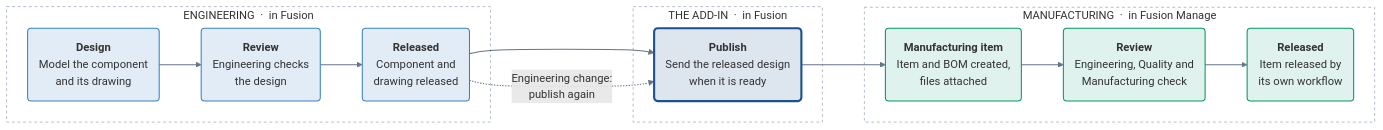
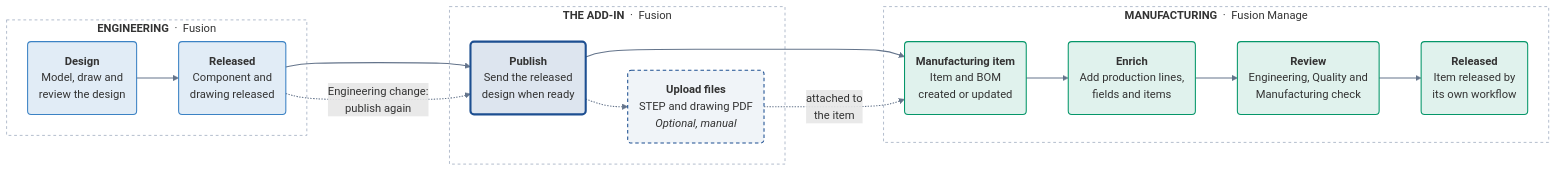
One commit to AHoop91/FusionToFusionManageAddon changed the diagram in docs/getting-started/workflow.md. Above: the diagram before and after it, drawn with Mermaid. The commit also changed other lines of this file and 12 other files, not shown here.

First line of the commit message:
Rename the add-in, add its icon, and enable drawing commands on Fusion events

````diff
--- a/docs/getting-started/workflow.md
+++ b/docs/getting-started/workflow.md
@@ -41,33 +41,37 @@
 ```mermaid
 %%{init: {"flowchart": {"curve": "basis", "nodeSpacing": 40, "rankSpacing": 60, "padding": 16}}}%%
 flowchart LR
-    subgraph ENG["ENGINEERING &nbsp;·&nbsp; in Fusion"]
-        E1("<b>Design</b><br/>Model the component<br/>and its drawing")
-        E2("<b>Review</b><br/>Engineering checks<br/>the design")
-        E3("<b>Released</b><br/>Component and<br/>drawing released")
+    subgraph ENG["<b>ENGINEERING</b> &nbsp;·&nbsp; Fusion"]
+        E1("<b>Design</b><br/>Model, draw and<br/>review the design")
+        E2("<b>Released</b><br/>Component and<br/>drawing released")
     end
 
-    subgraph ADD["THE ADD-IN &nbsp;·&nbsp; in Fusion"]
-        A1("<b>Publish</b><br/>Send the released design<br/>when it is ready")
+    subgraph ADD["<b>THE ADD-IN</b> &nbsp;·&nbsp; Fusion"]
+        A1("<b>Publish</b><br/>Send the released<br/>design when ready")
+        A2("<b>Upload files</b><br/>STEP and drawing PDF<br/><i>Optional, manual</i>")
     end
 
-    subgraph MFG["MANUFACTURING &nbsp;·&nbsp; in Fusion Manage"]
-        M1("<b>Manufacturing item</b><br/>Item and BOM created,<br/>files attached")
-        M2("<b>Review</b><br/>Engineering, Quality and<br/>Manufacturing check")
-        M3("<b>Released</b><br/>Item released by<br/>its own workflow")
+    subgraph MFG["<b>MANUFACTURING</b> &nbsp;·&nbsp; Fusion Manage"]
+        M1("<b>Manufacturing item</b><br/>Item and BOM<br/>created or updated")
+        M2("<b>Enrich</b><br/>Add production lines,<br/>fields and items")
+        M3("<b>Review</b><br/>Engineering, Quality and<br/>Manufacturing check")
+        M4("<b>Released</b><br/>Item released by<br/>its own workflow")
     end
 
-    E1 --> E2 --> E3 ==> A1 ==> M1 --> M2 --> M3
-    E3 -.->|"Engineering change:<br/>publish again"| A1
+    E1 --> E2 ==> A1 ==> M1 --> M2 --> M3 --> M4
+    A1 -.-> A2 -.->|"attached to<br/>the item"| M1
+    E2 -.->|"Engineering change:<br/>publish again"| A1
 
     classDef eng fill:#3b82c426,stroke:#3b82c4,stroke-width:1.5px
     classDef add fill:#1d4f9126,stroke:#1d4f91,stroke-width:3px
+    classDef opt fill:#1d4f9110,stroke:#1d4f91,stroke-width:1.5px,stroke-dasharray:5 4
     classDef mfg fill:#0596691f,stroke:#059669,stroke-width:1.5px
-    class E1,E2,E3 eng
+    class E1,E2 eng
     class A1 add
-    class M1,M2,M3 mfg
+    class A2 opt
+    class M1,M2,M3,M4 mfg
     style ENG fill:transparent,stroke:#94a3b8,stroke-dasharray:4 4
     style ADD fill:transparent,stroke:#94a3b8,stroke-dasharray:4 4
     style MFG fill:transparent,stroke:#94a3b8,stroke-dasharray:4 4
     linkStyle default stroke:#64748b,stroke-width:1.5px
 ```
````
